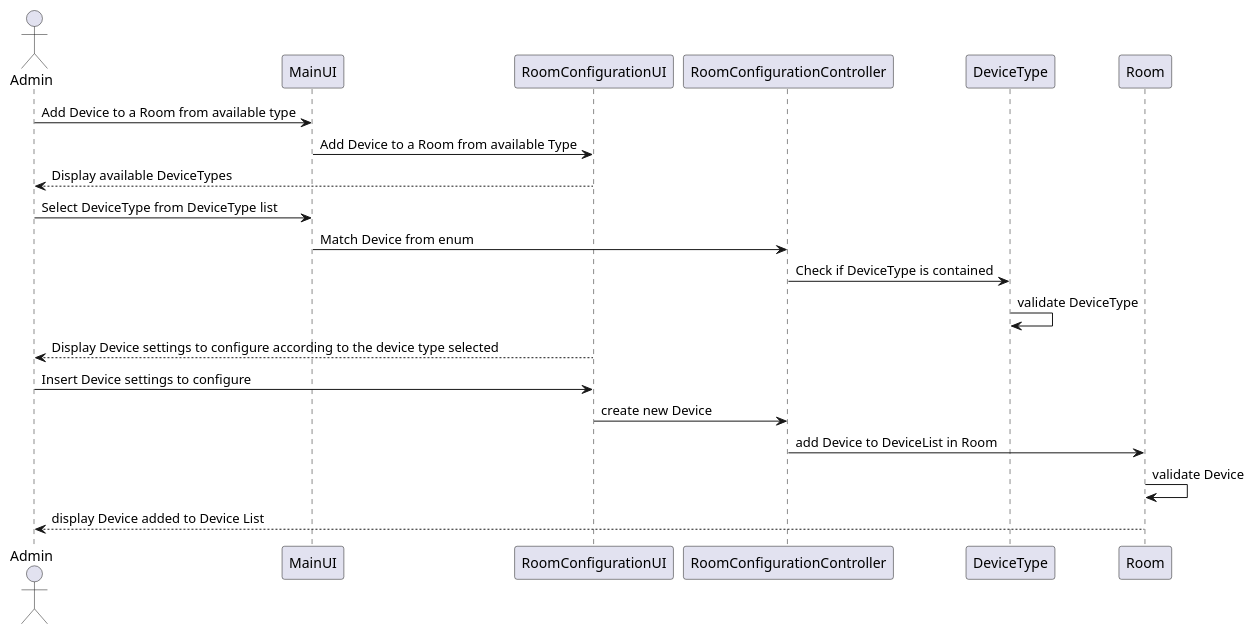
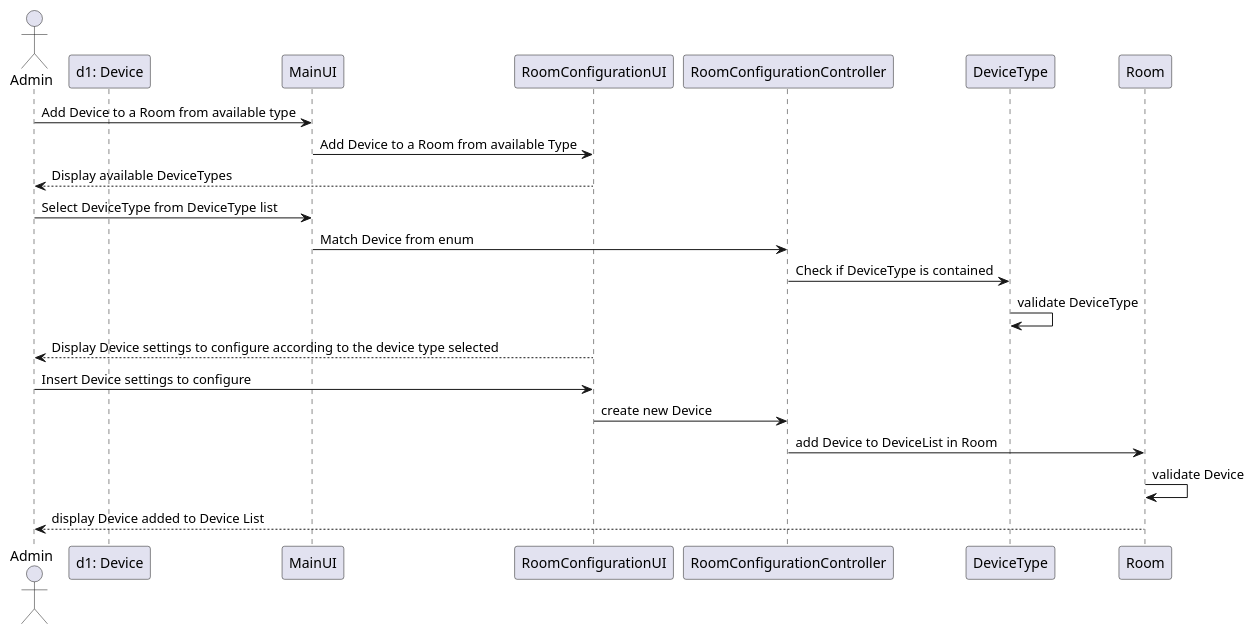
The diagram in uml/US210.puml (Almadanmp/project), drawn with PlantUML before and after one commit. The commit also changed 12 other files, not shown here.

```diff
--- a/uml/US210.puml
+++ b/uml/US210.puml
@@ -1,17 +1,18 @@
 @startuml
 actor Admin
+participant "d1: Device"
 Admin -> MainUI: Add Device to a Room from available type
 MainUI -> RoomConfigurationUI: Add Device to a Room from available Type
 RoomConfigurationUI --> Admin: Display available DeviceTypes
 Admin -> MainUI: Select DeviceType from DeviceType list
 MainUI -> RoomConfigurationController: Match Device from enum
 RoomConfigurationController -> DeviceType: Check if DeviceType is contained
 DeviceType -> DeviceType: validate DeviceType
 RoomConfigurationUI --> Admin: Display Device settings to configure according to the device type selected
 Admin-> RoomConfigurationUI: Insert Device settings to configure
 RoomConfigurationUI -> RoomConfigurationController: create new Device
 RoomConfigurationController -> Room: add Device to DeviceList in Room
 Room -> Room: validate Device
 Room--> Admin: display Device added to Device List
 
 @endumlΩ
```
